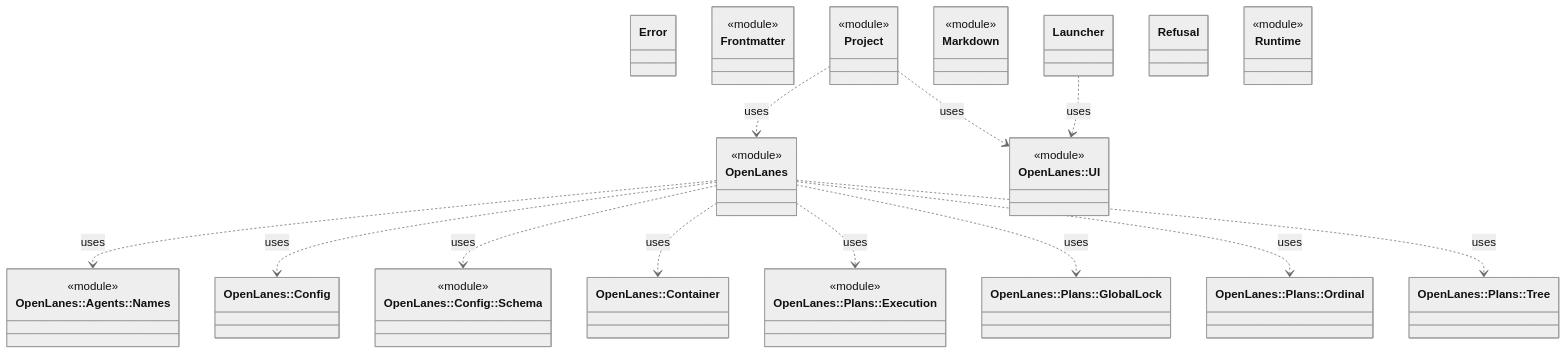
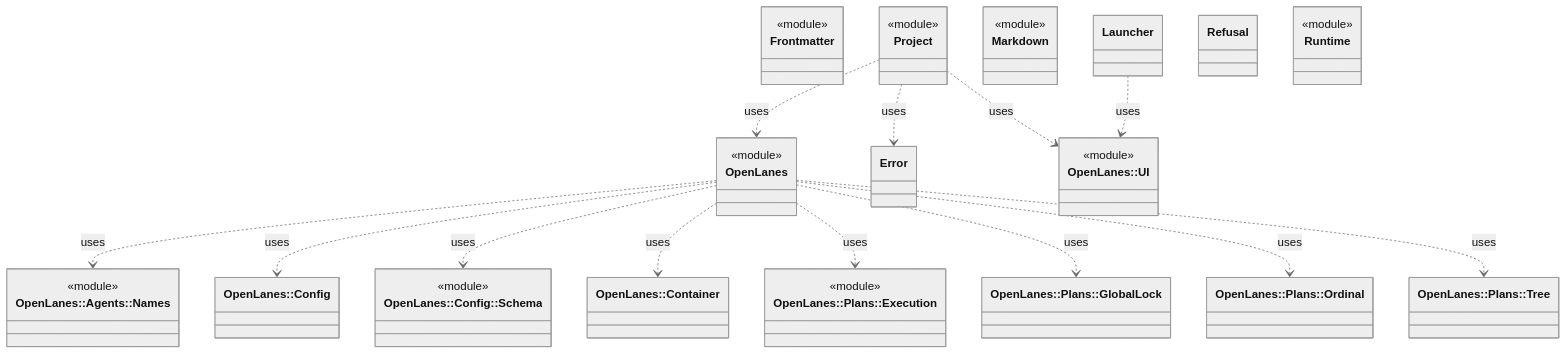
One commit to kigster/openlanes changed the diagram in docs/architecture/openlanes.md. Above: the diagram before and after it, drawn with Mermaid (neutral theme). The commit also changed 99 other files, not shown here.

````diff
--- a/docs/architecture/openlanes.md
+++ b/docs/architecture/openlanes.md
@@ -5,40 +5,41 @@
 ```mermaid
 classDiagram
   class OpenLanes["OpenLanes"]
   <<module>> OpenLanes
   class OpenLanes__Agents__Names["OpenLanes::Agents::Names"]
   <<module>> OpenLanes__Agents__Names
   class OpenLanes__Config["OpenLanes::Config"]
   class OpenLanes__Config__Schema["OpenLanes::Config::Schema"]
   <<module>> OpenLanes__Config__Schema
   class OpenLanes__Container["OpenLanes::Container"]
   class OpenLanes__Error["Error"]
   class OpenLanes__Frontmatter["Frontmatter"]
   <<module>> OpenLanes__Frontmatter
   class OpenLanes__Launcher["Launcher"]
   class OpenLanes__Markdown["Markdown"]
   <<module>> OpenLanes__Markdown
   class OpenLanes__Plans__Execution["OpenLanes::Plans::Execution"]
   <<module>> OpenLanes__Plans__Execution
   class OpenLanes__Plans__GlobalLock["OpenLanes::Plans::GlobalLock"]
   class OpenLanes__Plans__Ordinal["OpenLanes::Plans::Ordinal"]
   class OpenLanes__Plans__Tree["OpenLanes::Plans::Tree"]
   class OpenLanes__Project["Project"]
   <<module>> OpenLanes__Project
   class OpenLanes__Refusal["Refusal"]
   class OpenLanes__Runtime["Runtime"]
   <<module>> OpenLanes__Runtime
   class OpenLanes__UI["OpenLanes::UI"]
   <<module>> OpenLanes__UI
   OpenLanes ..> OpenLanes__Agents__Names : uses
   OpenLanes ..> OpenLanes__Config : uses
   OpenLanes ..> OpenLanes__Config__Schema : uses
   OpenLanes ..> OpenLanes__Container : uses
   OpenLanes ..> OpenLanes__Plans__Execution : uses
   OpenLanes ..> OpenLanes__Plans__GlobalLock : uses
   OpenLanes ..> OpenLanes__Plans__Ordinal : uses
   OpenLanes ..> OpenLanes__Plans__Tree : uses
   OpenLanes__Launcher ..> OpenLanes__UI : uses
   OpenLanes__Project ..> OpenLanes : uses
+  OpenLanes__Project ..> OpenLanes__Error : uses
   OpenLanes__Project ..> OpenLanes__UI : uses
 ```
````
